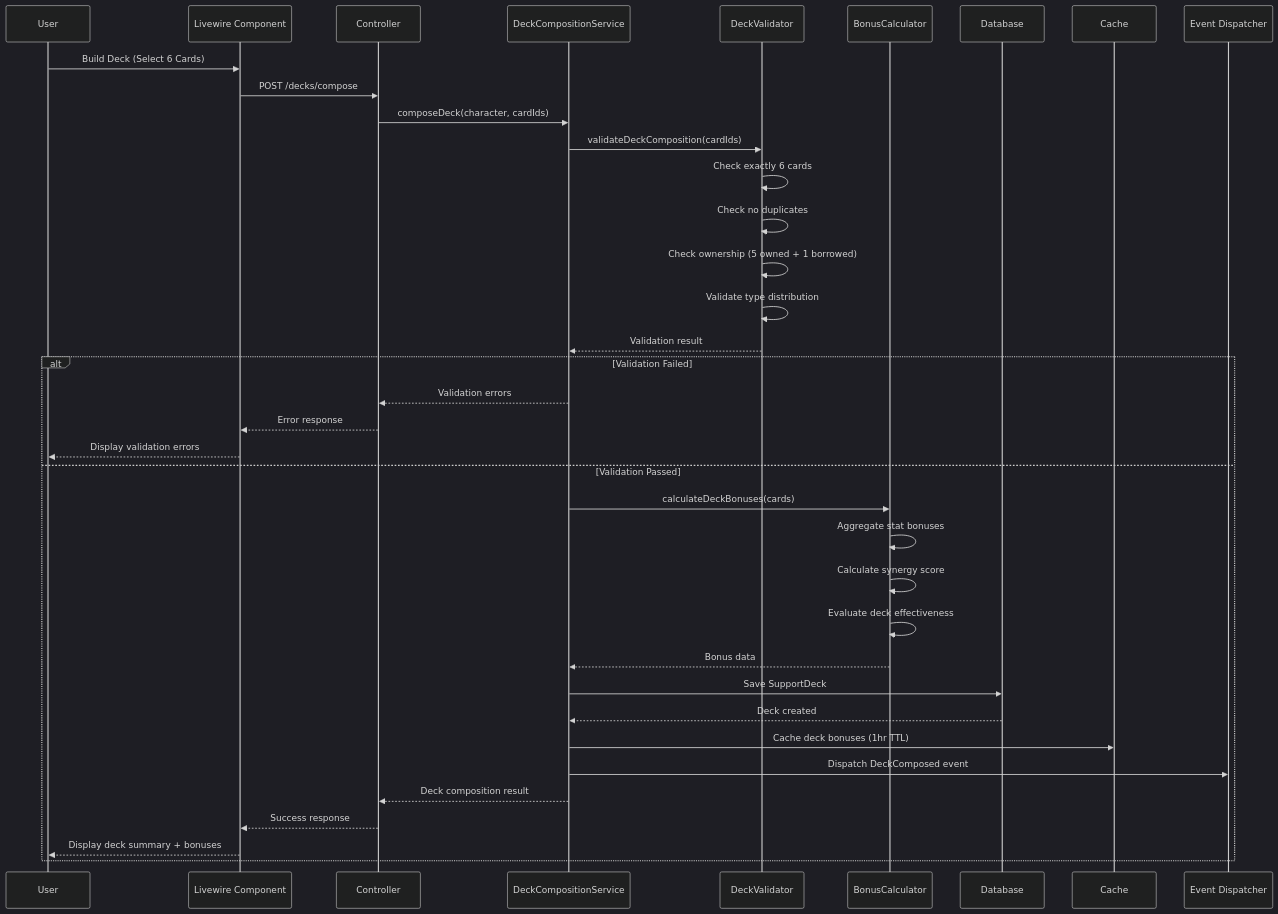
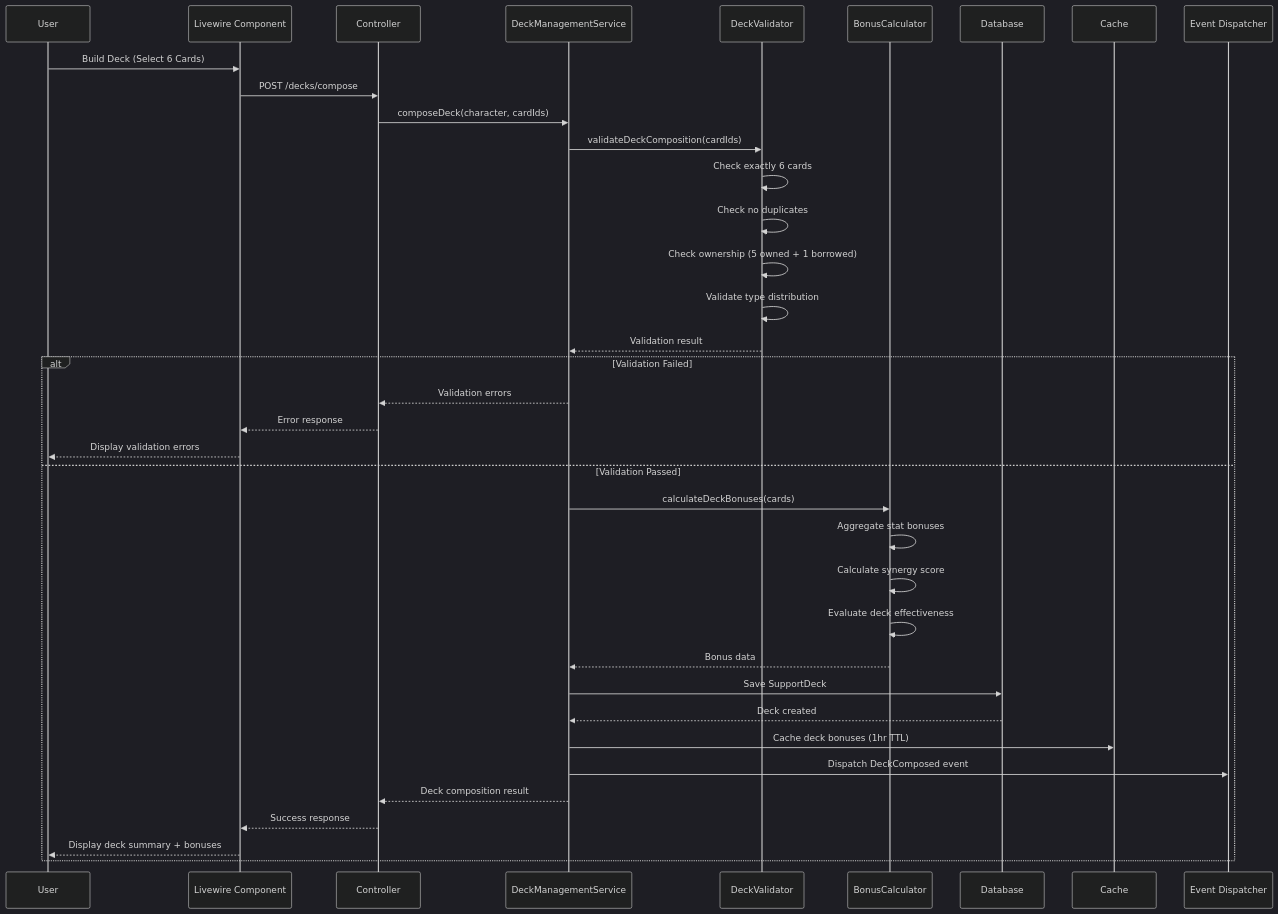
The second of 7 diagrams in docs/01-tech-flow/TECH-FLOW-005_Support_Card_Management_Flow.md (exatfrds67/umamusume-career-planner), drawn with Mermaid (dark theme) before and after one commit. The commit also changed other lines of this file and 111 other files, not shown here.

````diff
--- a/docs/01-tech-flow/TECH-FLOW-005_Support_Card_Management_Flow.md
+++ b/docs/01-tech-flow/TECH-FLOW-005_Support_Card_Management_Flow.md
@@ -130,45 +130,45 @@
 ```mermaid
 sequenceDiagram
     participant User
     participant UI as Livewire Component
     participant Controller
-    participant Service as DeckCompositionService
+    participant Service as DeckManagementService
     participant Validator as DeckValidator
     participant Calculator as BonusCalculator
     participant DB as Database
     participant Cache
     participant Event as Event Dispatcher
 
     User->>UI: Build Deck (Select 6 Cards)
     UI->>Controller: POST /decks/compose
     Controller->>Service: composeDeck(character, cardIds)
     
     Service->>Validator: validateDeckComposition(cardIds)
     Validator->>Validator: Check exactly 6 cards
     Validator->>Validator: Check no duplicates
     Validator->>Validator: Check ownership (5 owned + 1 borrowed)
     Validator->>Validator: Validate type distribution
     Validator-->>Service: Validation result
     
     alt Validation Failed
         Service-->>Controller: Validation errors
         Controller-->>UI: Error response
         UI-->>User: Display validation errors
     else Validation Passed
         Service->>Calculator: calculateDeckBonuses(cards)
         Calculator->>Calculator: Aggregate stat bonuses
         Calculator->>Calculator: Calculate synergy score
         Calculator->>Calculator: Evaluate deck effectiveness
         Calculator-->>Service: Bonus data
         
         Service->>DB: Save SupportDeck
         DB-->>Service: Deck created
         
         Service->>Cache: Cache deck bonuses (1hr TTL)
         Service->>Event: Dispatch DeckComposed event
         
         Service-->>Controller: Deck composition result
         Controller-->>UI: Success response
         UI-->>User: Display deck summary + bonuses
     end
 ```
````
